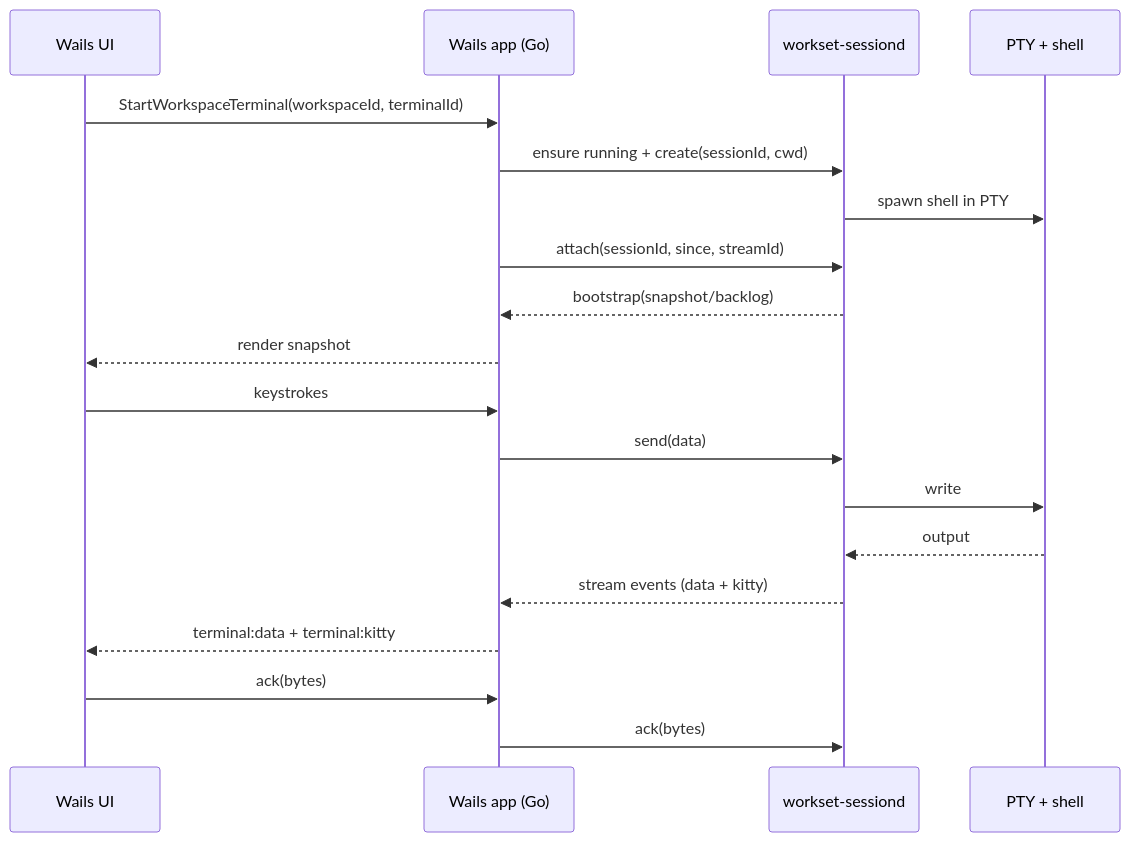
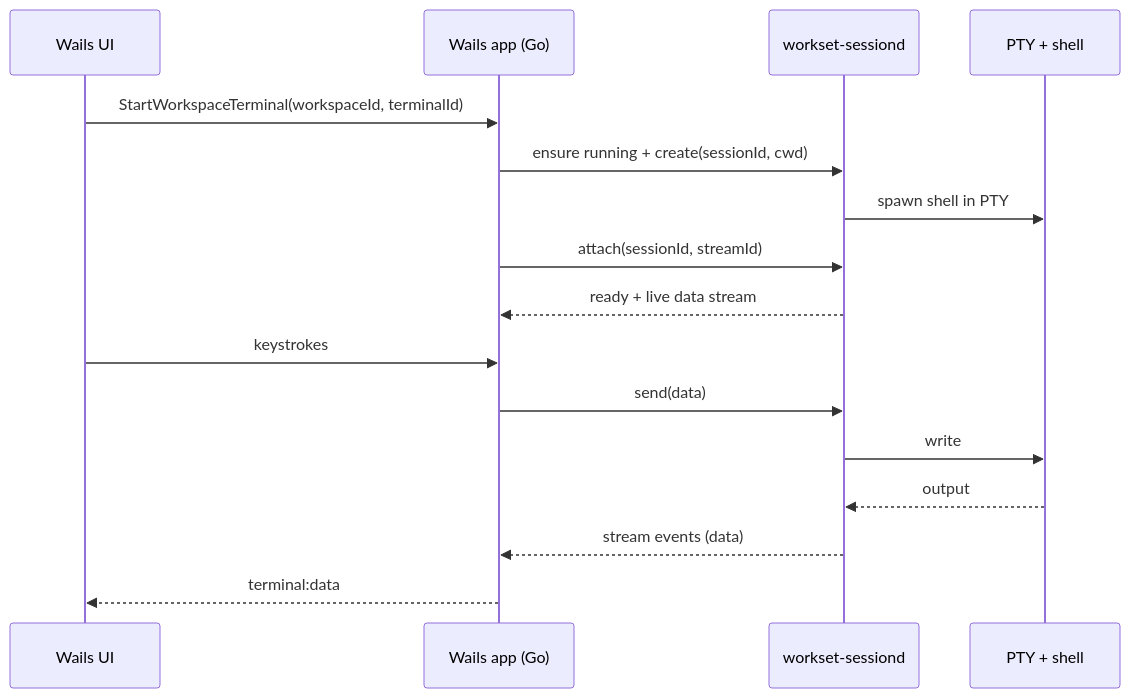
The second of 2 diagrams in docs/architecture/terminal.md (strantalis/workset), drawn with Mermaid before and after one commit. The commit also changed other lines of this file and 136 other files, not shown here.

````diff
--- a/docs/architecture/terminal.md
+++ b/docs/architecture/terminal.md
@@ -54,24 +50,20 @@
 ```mermaid
 sequenceDiagram
   participant UI as Wails UI
   participant App as Wails app (Go)
   participant D as workset-sessiond
   participant PTY as PTY + shell
 
   UI->>App: StartWorkspaceTerminal(workspaceId, terminalId)
   App->>D: ensure running + create(sessionId, cwd)
   D->>PTY: spawn shell in PTY
-  App->>D: attach(sessionId, since, streamId)
-  D-->>App: bootstrap(snapshot/backlog)
-  App-->>UI: render snapshot
+  App->>D: attach(sessionId, streamId)
+  D-->>App: ready + live data stream
 
   UI->>App: keystrokes
   App->>D: send(data)
   D->>PTY: write
   PTY-->>D: output
-  D-->>App: stream events (data + kitty)
-  App-->>UI: terminal:data + terminal:kitty
-
-  UI->>App: ack(bytes)
-  App->>D: ack(bytes)
+  D-->>App: stream events (data)
+  App-->>UI: terminal:data
 ```
````
